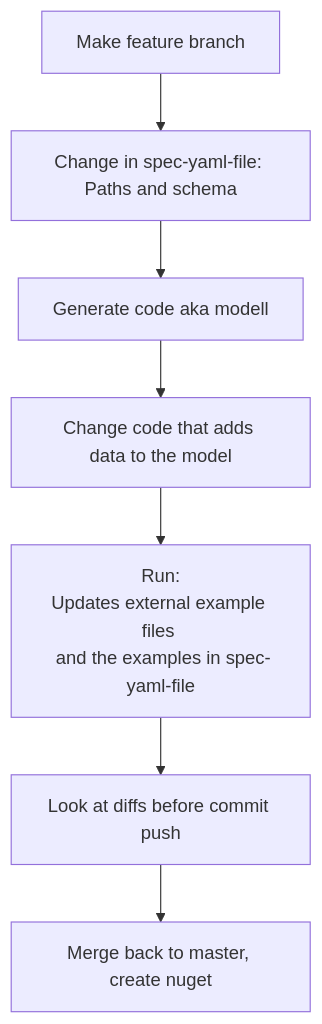
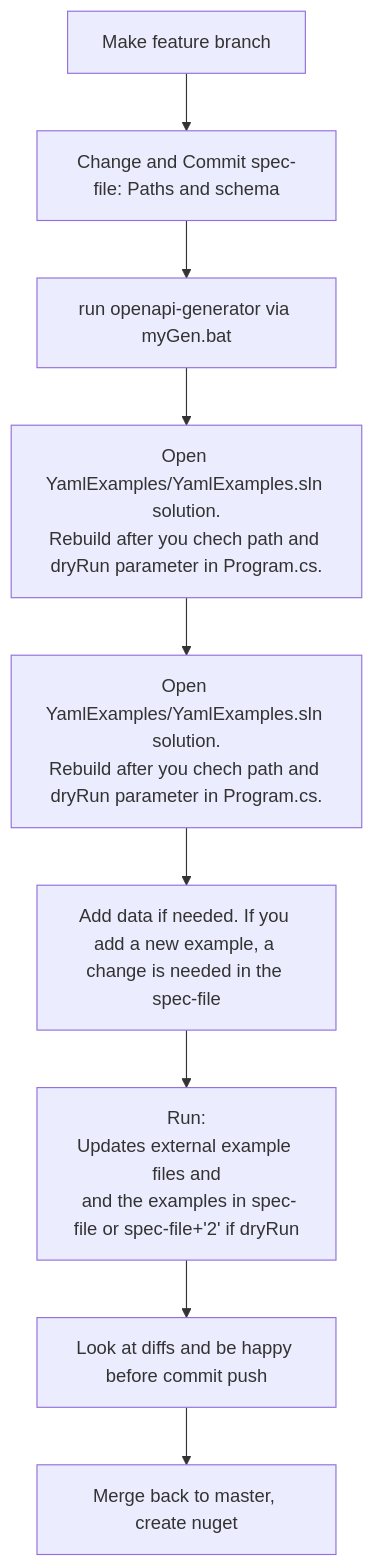
Before and after one commit to PxTools/PxApiSpecs: the diagram in generator/Readme.md, drawn with Mermaid. The commit also changed other lines of this file and 9 other files, not shown here.

````diff
--- a/generator/Readme.md
+++ b/generator/Readme.md
@@ -3,12 +3,15 @@
 ```mermaid      
  graph TD;
       A0[Make feature branch]-->A
-      A[Change in spec-yaml-file: Paths and schema]-->B[Generate code aka modell];
-      B-->C[Change code that adds data to the model];
-      C-->D[Run:<br>Updates external example files <br> and the examples in spec-yaml-file];
-     
-      D-->D20[Look at diffs before commit push ];
+      A[Change and Commit spec-file: Paths and schema]-->B[run openapi-generator via myGen.bat];
+      B-->C5[Open YamlExamples/YamlExamples.sln solution.<br>Rebuild after you chech path and dryRun parameter in Program.cs.];
+      
+      C5-->C10[Open YamlExamples/YamlExamples.sln solution.<br>Rebuild after you chech path and dryRun parameter in Program.cs.];
+    
+      C10-->C15[Add data if needed. If you add a new example, a change is needed in the spec-file];
+      C15-->D[Run:<br>Updates external example files and<br> and the examples in spec-file or spec-file+'2' if dryRun];
+
+      D-->D20[Look at diffs and be happy before commit push ];
       D20-->F[Merge back to master, create nuget];
-
       
 ```
````
